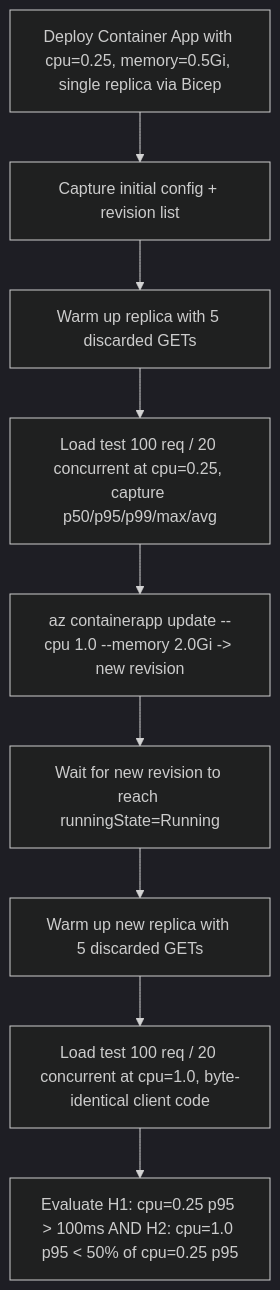
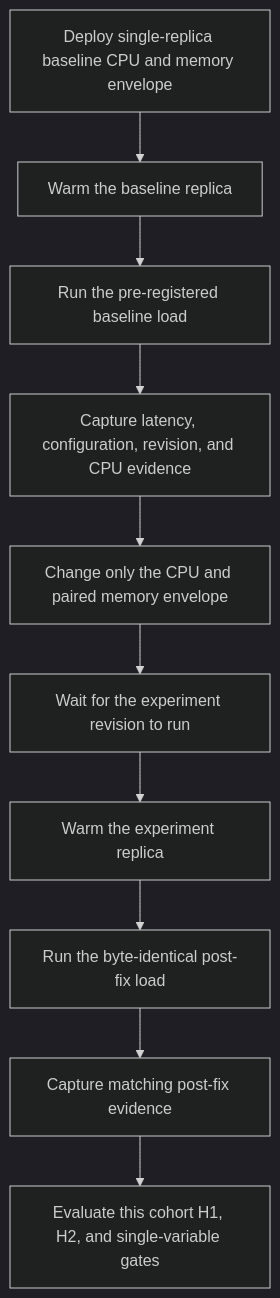
Before and after one commit to yeongseon/azure-container-apps-practical-guide: the diagram in docs/troubleshooting/lab-guides/cpu-throttling.md, drawn with Mermaid (dark theme). The commit also changed other lines of this file and 23 other files, not shown here.

Commit message:
docs(diagrams): migrate the first lab-guide diagram batch (#625)

````diff
--- a/docs/troubleshooting/lab-guides/cpu-throttling.md
+++ b/docs/troubleshooting/lab-guides/cpu-throttling.md
@@ -41,11 +41,12 @@
 ```mermaid
 flowchart TD
-    A[Deploy Container App with cpu=0.25, memory=0.5Gi, single replica via Bicep] --> B[Capture initial config + revision list]
-    B --> C[Warm up replica with 5 discarded GETs]
-    C --> D[Load test 100 req / 20 concurrent at cpu=0.25, capture p50/p95/p99/max/avg]
-    D --> E[az containerapp update --cpu 1.0 --memory 2.0Gi -> new revision]
-    E --> F[Wait for new revision to reach runningState=Running]
-    F --> G[Warm up new replica with 5 discarded GETs]
-    G --> H[Load test 100 req / 20 concurrent at cpu=1.0, byte-identical client code]
-    H --> I[Evaluate H1: cpu=0.25 p95 > 100ms AND H2: cpu=1.0 p95 < 50% of cpu=0.25 p95]
+    BASE[Deploy single-replica baseline CPU and memory envelope] --> WARM1[Warm the baseline replica]
+    WARM1 --> LOAD1[Run the pre-registered baseline load]
+    LOAD1 --> CAPTURE1[Capture latency, configuration, revision, and CPU evidence]
+    CAPTURE1 --> UPDATE[Change only the CPU and paired memory envelope]
+    UPDATE --> READY[Wait for the experiment revision to run]
+    READY --> WARM2[Warm the experiment replica]
+    WARM2 --> LOAD2[Run the byte-identical post-fix load]
+    LOAD2 --> CAPTURE2[Capture matching post-fix evidence]
+    CAPTURE2 --> GATES[Evaluate this cohort H1, H2, and single-variable gates]
 ```
````
